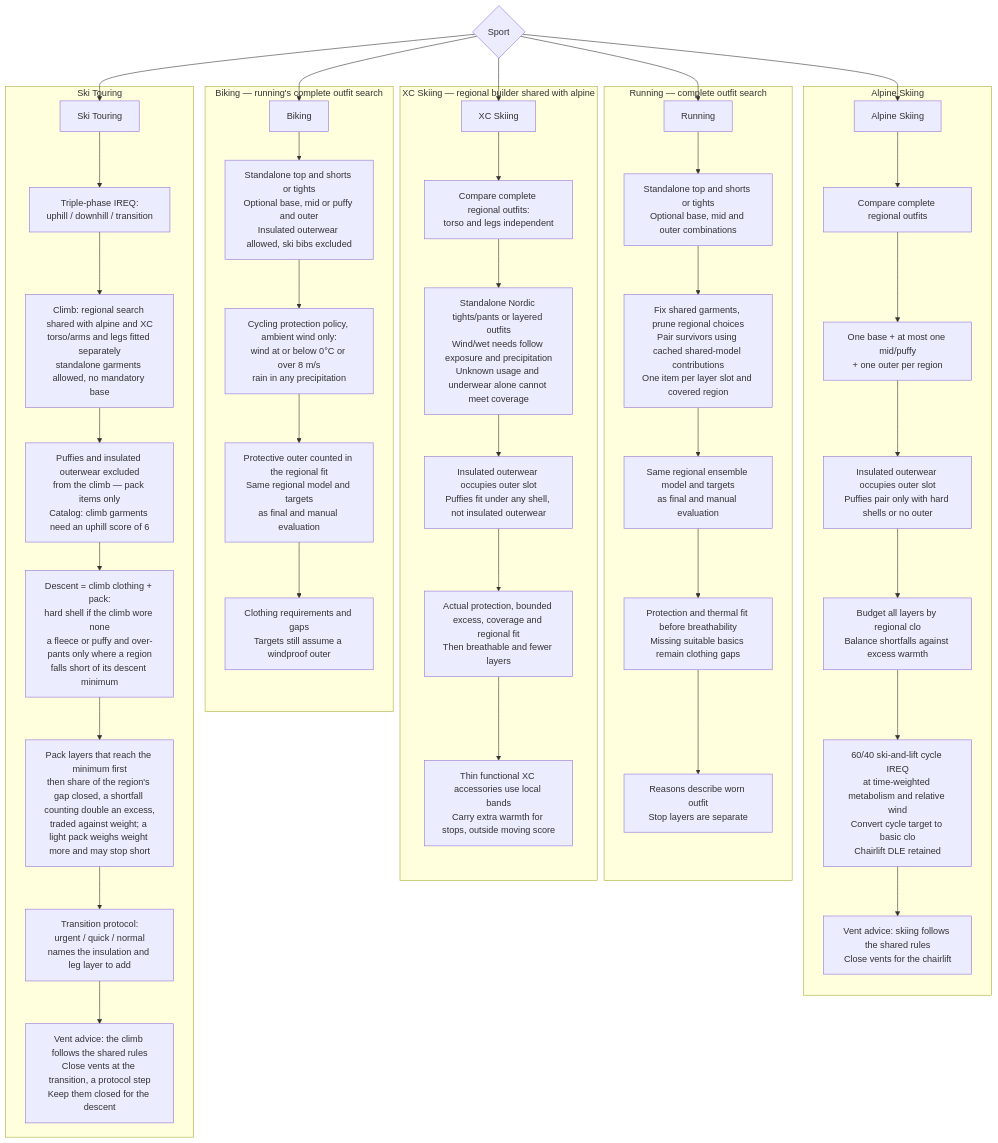
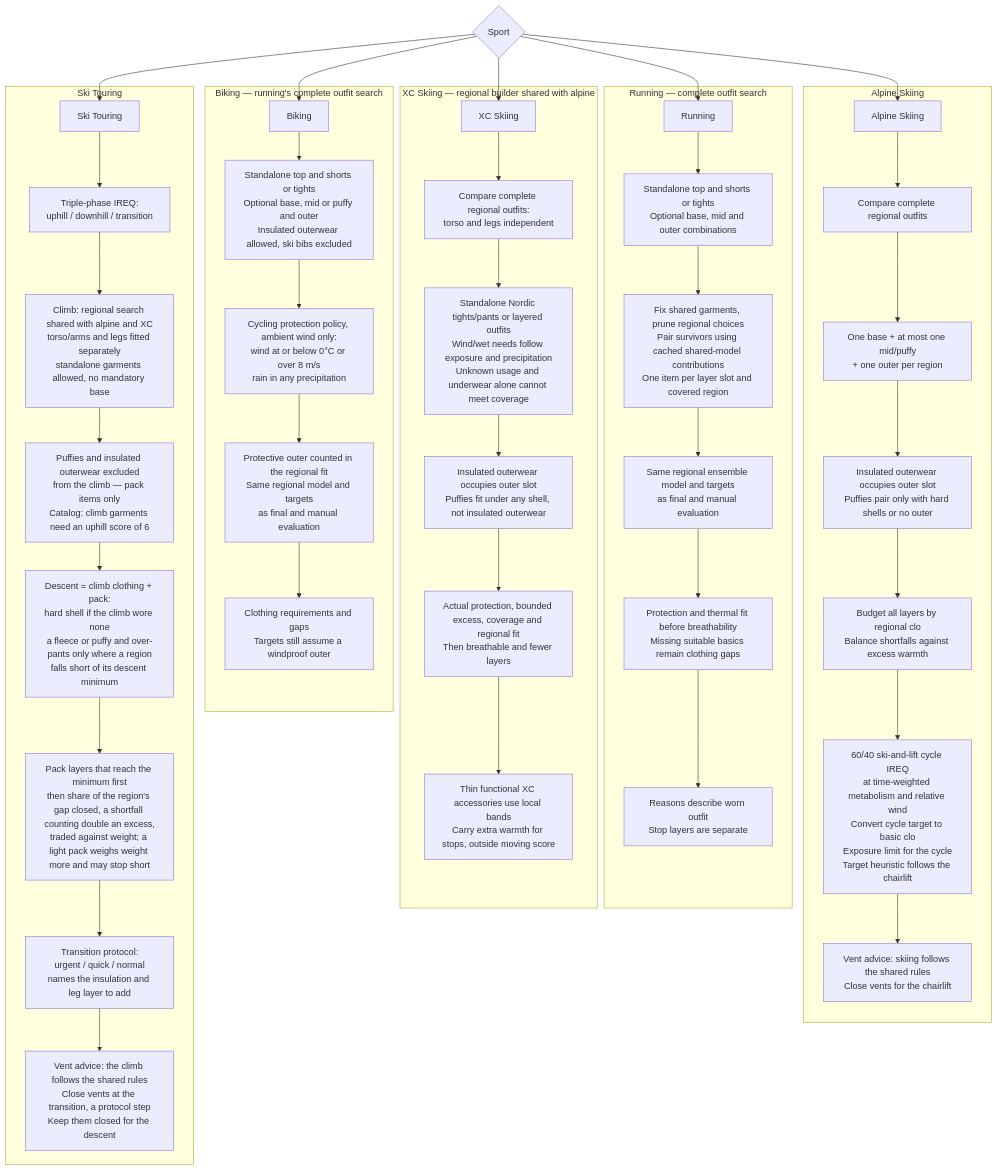
One commit to derobertsw/swttr changed the fourth of 7 diagrams in README.md. Above: the diagram before and after it, drawn with Mermaid. The commit also changed other lines of this file and 26 other files, not shown here.

First line of the commit message:
Ground exposure limits in the evaluated outfit (ISO 11079 DLE) (#86)

````diff
--- a/README.md
+++ b/README.md
@@ -181,50 +183,50 @@
 ```mermaid
 graph TD
     SPORT{Sport} --> RUN[Running]
     SPORT --> BIKE[Biking]
     SPORT --> ALP[Alpine Skiing]
     SPORT --> XC[XC Skiing]
     SPORT --> TOUR[Ski Touring]
 
     subgraph "Running — complete outfit search"
         RUN --> R1[Standalone top and shorts or tights<br/>Optional base, mid and outer combinations]
         R1 --> R2[Fix shared garments, prune regional choices<br/>Pair survivors using cached shared-model contributions<br/>One item per layer slot and covered region]
         R2 --> R3[Same regional ensemble model and targets<br/>as final and manual evaluation]
         R3 --> R4[Protection and thermal fit before breathability<br/>Missing suitable basics remain clothing gaps]
         R4 --> R5[Reasons describe worn outfit<br/>Stop layers are separate]
     end
 
     subgraph "Biking — running's complete outfit search"
         BIKE --> B1[Standalone top and shorts or tights<br/>Optional base, mid or puffy and outer<br/>Insulated outerwear allowed, ski bibs excluded]
         B1 --> B2[Cycling protection policy, ambient wind only:<br/>wind at or below 0°C or over 8 m/s<br/>rain in any precipitation]
         B2 --> B3[Protective outer counted in the regional fit<br/>Same regional model and targets<br/>as final and manual evaluation]
         B3 --> B4[Clothing requirements and gaps<br/>Targets still assume a windproof outer]
     end
 
     subgraph "Alpine Skiing"
         ALP --> A1[Compare complete regional outfits]
         A1 --> A2[One base + at most one mid/puffy<br/>+ one outer per region]
         A2 --> A3[Insulated outerwear occupies outer slot<br/>Puffies pair only with hard shells or no outer]
         A3 --> A4[Budget all layers by regional clo<br/>Balance shortfalls against excess warmth]
-        A4 --> A5[60/40 ski-and-lift cycle IREQ<br/>at time-weighted metabolism and relative wind<br/>Convert cycle target to basic clo<br/>Chairlift DLE retained]
+        A4 --> A5[60/40 ski-and-lift cycle IREQ<br/>at time-weighted metabolism and relative wind<br/>Convert cycle target to basic clo<br/>Exposure limit for the cycle<br/>Target heuristic follows the chairlift]
         A5 --> A6[Vent advice: skiing follows the shared rules<br/>Close vents for the chairlift]
     end
 
     subgraph "XC Skiing — regional builder shared with alpine"
         XC --> X1[Compare complete regional outfits:<br/>torso and legs independent]
         X1 --> X2[Standalone Nordic tights/pants or layered outfits<br/>Wind/wet needs follow exposure and precipitation<br/>Unknown usage and underwear alone cannot meet coverage]
         X2 --> X3[Insulated outerwear occupies outer slot<br/>Puffies fit under any shell, not insulated outerwear]
         X3 --> X4[Actual protection, bounded excess, coverage and regional fit<br/>Then breathable and fewer layers]
         X4 --> X5[Thin functional XC accessories use local bands<br/>Carry extra warmth for stops, outside moving score]
     end
 
     subgraph "Ski Touring"
         TOUR --> T1a[Triple-phase IREQ:<br/>uphill / downhill / transition]
         T1a --> T2a[Climb: regional search shared with alpine and XC<br/>torso/arms and legs fitted separately<br/>standalone garments allowed, no mandatory base]
         T2a --> T3a[Puffies and insulated outerwear excluded<br/>from the climb — pack items only<br/>Catalog: climb garments need an uphill score of 6]
         T3a --> T4a[Descent = climb clothing + pack:<br/>hard shell if the climb wore none<br/>a fleece or puffy and over-pants only where a region<br/>falls short of its descent minimum]
         T4a --> T6a[Pack layers that reach the minimum first<br/>then share of the region's gap closed, a shortfall counting double an excess,<br/>traded against weight; a light pack weighs weight more and may stop short]
         T6a --> T5a[Transition protocol:<br/>urgent / quick / normal<br/>names the insulation and leg layer to add]
         T5a --> T7a[Vent advice: the climb follows the shared rules<br/>Close vents at the transition, a protocol step<br/>Keep them closed for the descent]
     end
 ```
````
